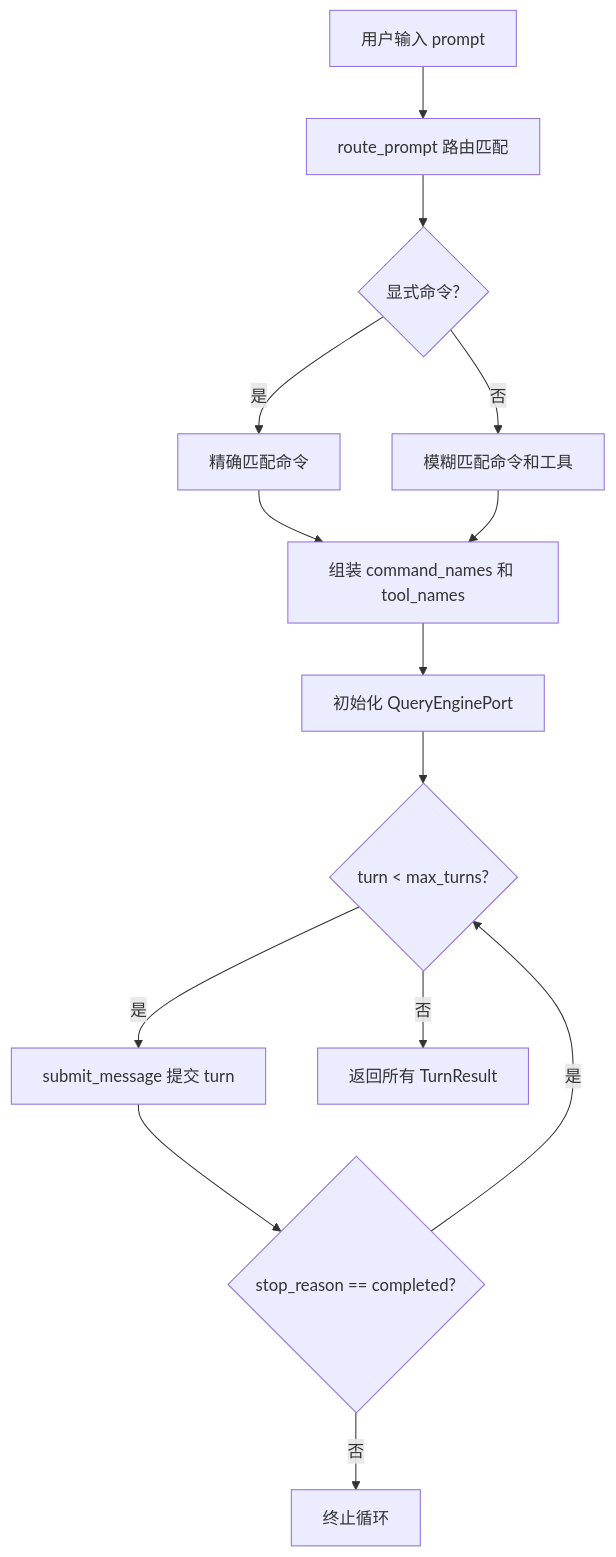
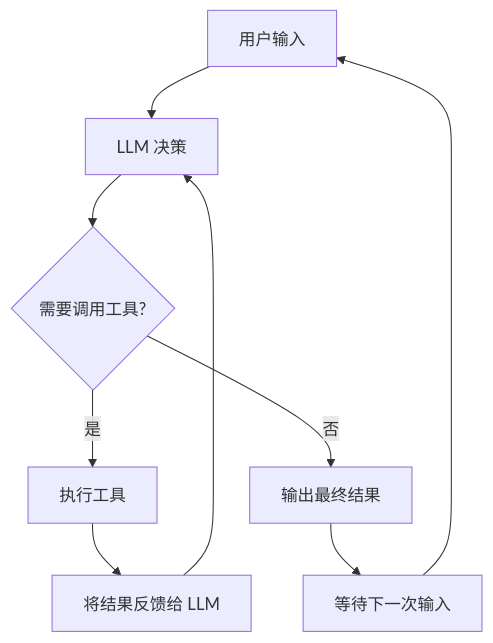
One commit to learner330/claw-code-book changed the diagram in chapter-01/what-is-agent.md. Above: the diagram before and after it, drawn with Mermaid. The commit also changed other lines of this file and 6 other files, not shown here.

````diff
--- a/chapter-01/what-is-agent.md
+++ b/chapter-01/what-is-agent.md
@@ -87,16 +56,11 @@
 ```mermaid
 graph TD
-    A[用户输入 prompt] --> B[route_prompt 路由匹配]
-    B --> C{显式命令?}
-    C -->|是| D[精确匹配命令]
-    C -->|否| E[模糊匹配命令和工具]
-    D --> F[组装 command_names 和 tool_names]
-    E --> F
-    F --> G[初始化 QueryEnginePort]
-    G --> H{turn < max_turns?}
-    H -->|是| I[submit_message 提交 turn]
-    I --> J{stop_reason == completed?}
-    J -->|否| K[终止循环]
-    J -->|是| H
-    H -->|否| L[返回所有 TurnResult]
+    A[用户输入] --> B[LLM 决策]
+    B --> C{需要调用工具?}
+    C -->|是| D[执行工具]
+    D --> E[将结果反馈给 LLM]
+    E --> B
+    C -->|否| F[输出最终结果]
+    F --> G[等待下一次输入]
+    G --> A
 ```
````
